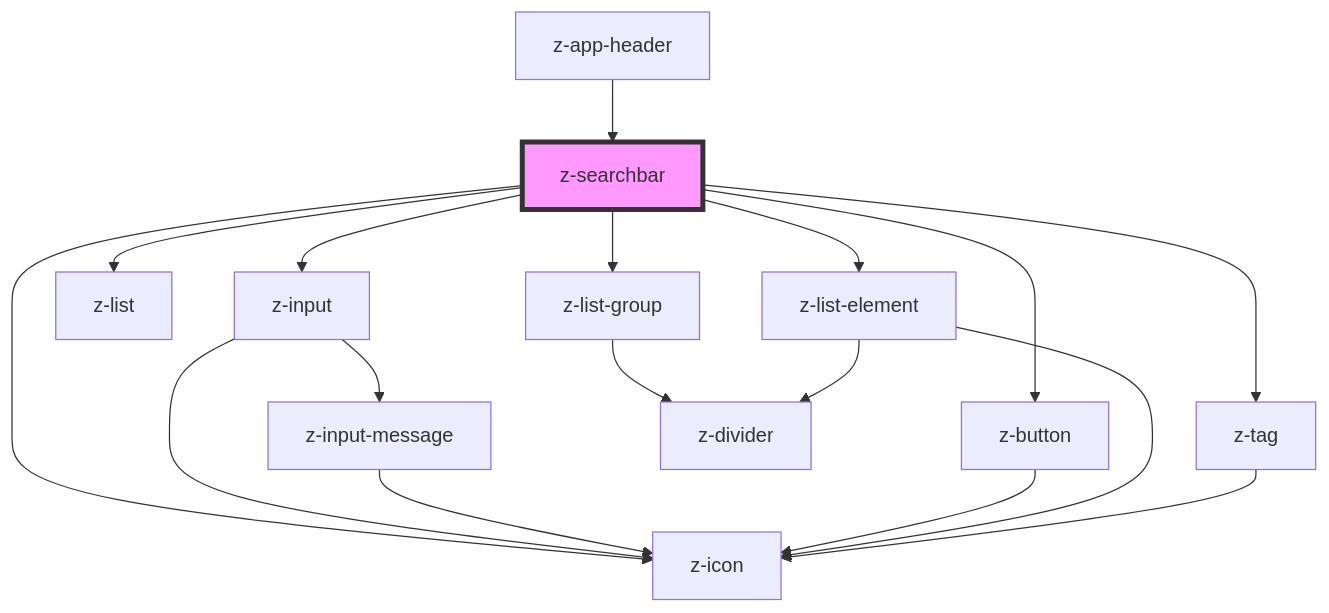
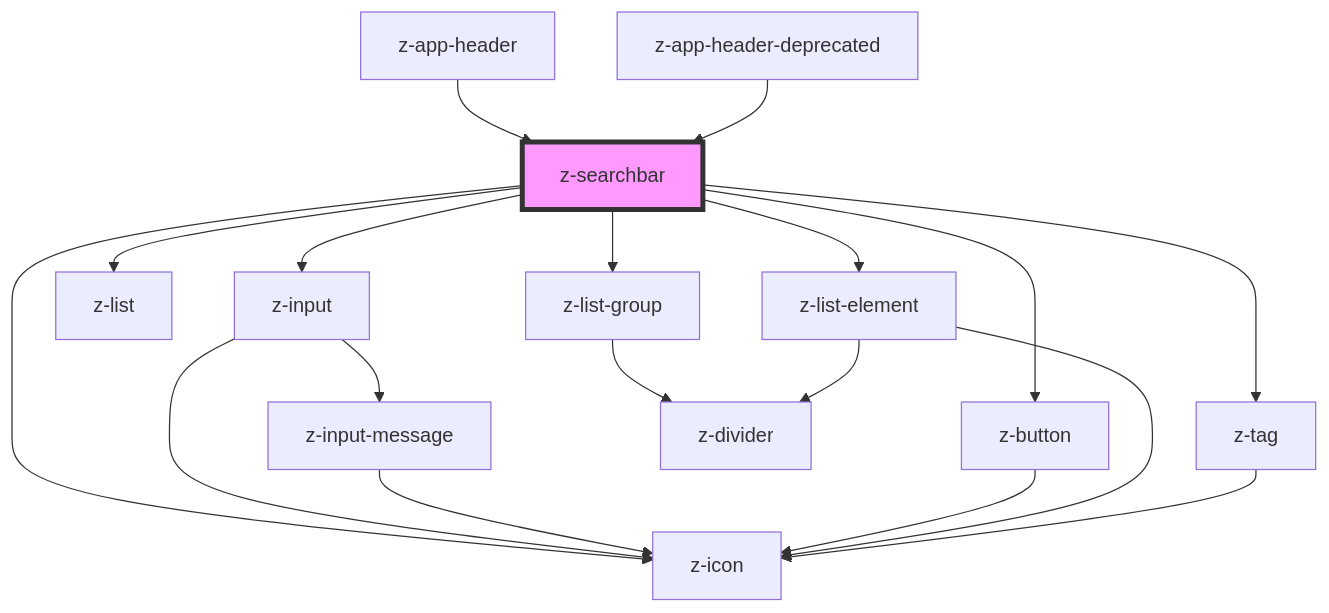
Before and after one commit to ZanichelliEditore/design-system: the diagram in src/components/z-searchbar/readme.md, drawn with Mermaid. The commit also changed other lines of this file and 20 other files, not shown here.

````diff
--- a/src/components/z-searchbar/readme.md
+++ b/src/components/z-searchbar/readme.md
@@ -55,20 +56,21 @@
 ```mermaid
 graph TD;
   z-searchbar --> z-input
   z-searchbar --> z-button
   z-searchbar --> z-list
   z-searchbar --> z-list-group
   z-searchbar --> z-list-element
   z-searchbar --> z-icon
   z-searchbar --> z-tag
   z-input --> z-icon
   z-input --> z-input-message
   z-input-message --> z-icon
   z-button --> z-icon
   z-list-group --> z-divider
   z-list-element --> z-icon
   z-list-element --> z-divider
   z-tag --> z-icon
   z-app-header --> z-searchbar
+  z-app-header-deprecated --> z-searchbar
   style z-searchbar fill:#f9f,stroke:#333,stroke-width:4px
 ```
````
